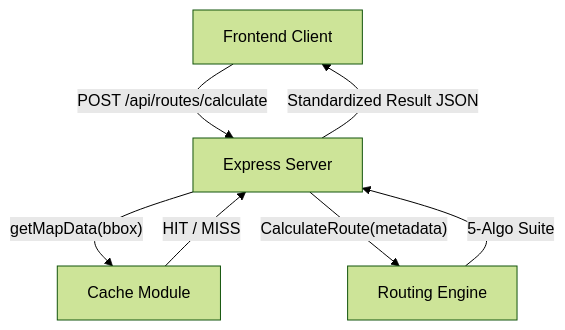
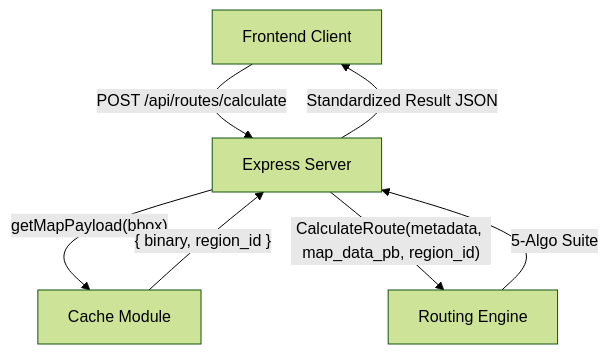
The first of 2 diagrams in modules/backend/README.md (SaarthakBatra/AI-Route-Planning-system-for-Electric-Vehicles), drawn with Mermaid (forest theme) before and after one commit. The commit also changed other lines of this file and 42 other files, not shown here.

Commit message:
Development Stage 4 Complete - Map Graph Persistence & Protobuf Implementation

````diff
--- a/modules/backend/README.md
+++ b/modules/backend/README.md
@@ -8,9 +8,9 @@
 ```mermaid
 graph TD
     A[Frontend Client] -- "POST /api/routes/calculate" --> B[Express Server]
-    B -- "getMapData(bbox)" --> C[Cache Module]
-    C -- "HIT / MISS" --> B
-    B -- "CalculateRoute(metadata)" --> D[Routing Engine]
+    B -- "getMapPayload(bbox)" --> C[Cache Module]
+    C -- "{ binary, region_id }" --> B
+    B -- "CalculateRoute(metadata, map_data_pb, region_id)" --> D[Routing Engine]
     D -- "5-Algo Suite" --> B
     B -- "Standardized Result JSON" --> A
 ```
````
